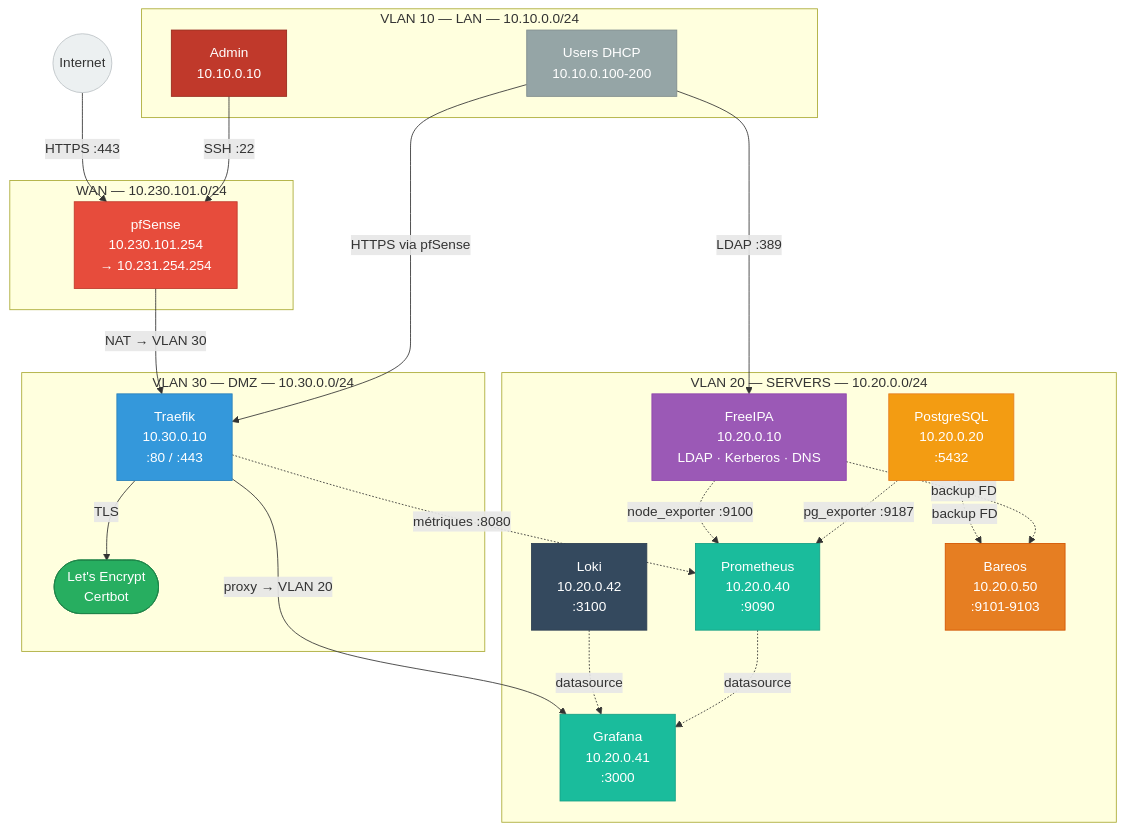
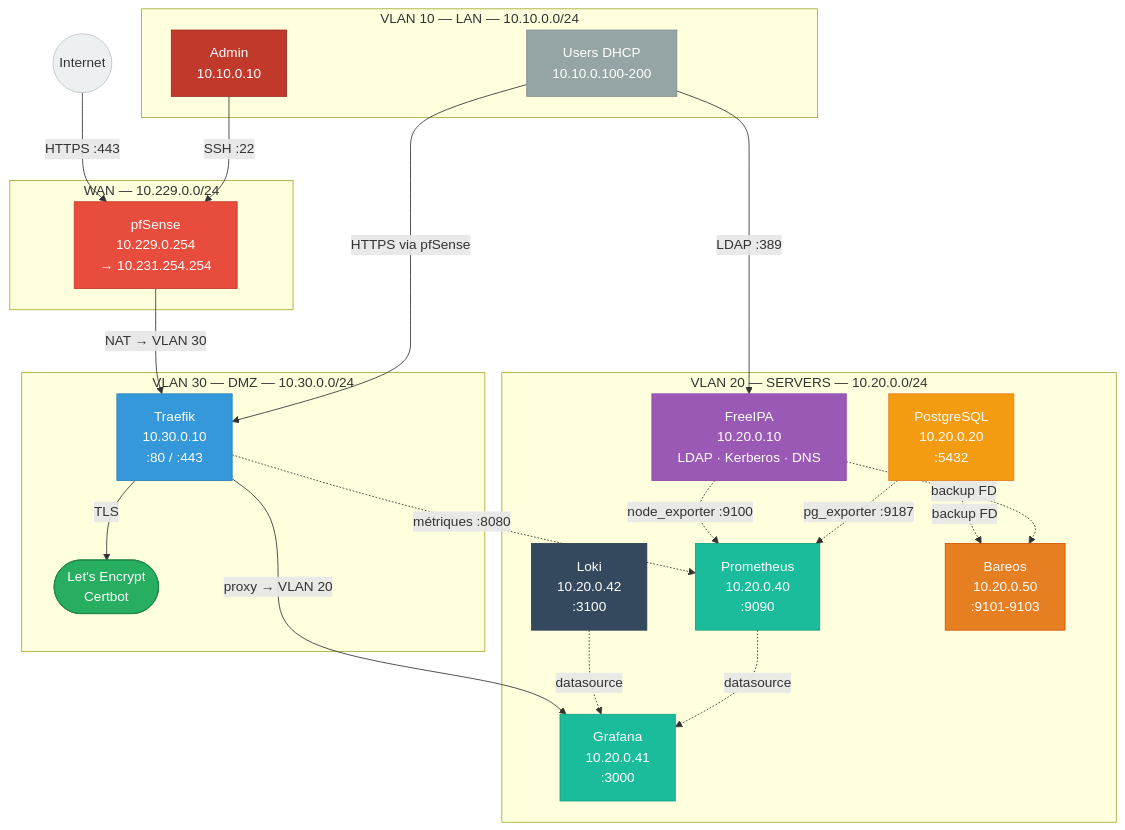
One commit to Yumgi/HACKATHON_2026 changed the diagram in README.md. Above: the diagram before and after it, drawn with Mermaid. The commit also changed 5 other files, not shown here.

````diff
--- a/README.md
+++ b/README.md
@@ -29,57 +29,57 @@
 ```mermaid
 graph TB
     INTERNET((Internet)):::external
 
-    subgraph WAN["WAN — 10.230.101.0/24"]
-        PFSENSE[pfSense\n10.230.101.254\n→ 10.231.254.254]:::firewall
+    subgraph WAN["WAN — 10.229.0.0/24"]
+        PFSENSE[pfSense\n10.229.0.254\n→ 10.231.254.254]:::firewall
     end
 
     subgraph DMZ["VLAN 30 — DMZ — 10.30.0.0/24"]
         TRAEFIK[Traefik\n10.30.0.10\n:80 / :443]:::proxy
         CERTBOT([Let's Encrypt\nCertbot]):::cert
     end
 
     subgraph SERVERS["VLAN 20 — SERVERS — 10.20.0.0/24"]
         FREEIPA[FreeIPA\n10.20.0.10\nLDAP · Kerberos · DNS]:::identity
         POSTGRES[PostgreSQL\n10.20.0.20\n:5432]:::db
         PROMETHEUS[Prometheus\n10.20.0.40\n:9090]:::monitoring
         GRAFANA[Grafana\n10.20.0.41\n:3000]:::monitoring
         LOKI[Loki\n10.20.0.42\n:3100]:::logging
         BAREOS[Bareos\n10.20.0.50\n:9101-9103]:::backup
     end
 
     subgraph LAN["VLAN 10 — LAN — 10.10.0.0/24"]
         ADMIN[Admin\n10.10.0.10]:::admin
         USERS[Users DHCP\n10.10.0.100-200]:::users
     end
 
     INTERNET -->|HTTPS :443| PFSENSE
     PFSENSE -->|NAT → VLAN 30| TRAEFIK
     TRAEFIK -->|TLS| CERTBOT
     TRAEFIK -->|proxy → VLAN 20| GRAFANA
 
     USERS -->|HTTPS via pfSense| TRAEFIK
     USERS -->|LDAP :389| FREEIPA
     ADMIN -->|SSH :22| PFSENSE
 
     TRAEFIK -.->|métriques :8080| PROMETHEUS
     FREEIPA -.->|node_exporter :9100| PROMETHEUS
     POSTGRES -.->|pg_exporter :9187| PROMETHEUS
     LOKI -.->|datasource| GRAFANA
     PROMETHEUS -.->|datasource| GRAFANA
 
     POSTGRES -.->|backup FD| BAREOS
     FREEIPA -.->|backup FD| BAREOS
 
     classDef firewall  fill:#e74c3c,color:#fff,stroke:#c0392b
     classDef proxy     fill:#3498db,color:#fff,stroke:#2980b9
     classDef identity  fill:#9b59b6,color:#fff,stroke:#8e44ad
     classDef db        fill:#f39c12,color:#fff,stroke:#e67e22
     classDef monitoring fill:#1abc9c,color:#fff,stroke:#16a085
     classDef logging   fill:#34495e,color:#fff,stroke:#2c3e50
     classDef backup    fill:#e67e22,color:#fff,stroke:#d35400
     classDef users     fill:#95a5a6,color:#fff,stroke:#7f8c8d
     classDef admin     fill:#c0392b,color:#fff,stroke:#96281b
     classDef external  fill:#ecf0f1,stroke:#bdc3c7
     classDef cert      fill:#27ae60,color:#fff,stroke:#1e8449
 ```
````
